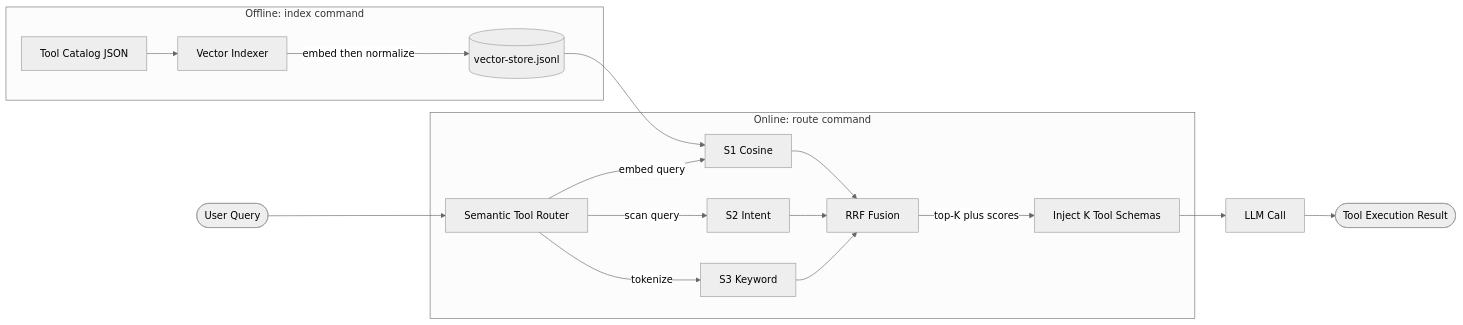
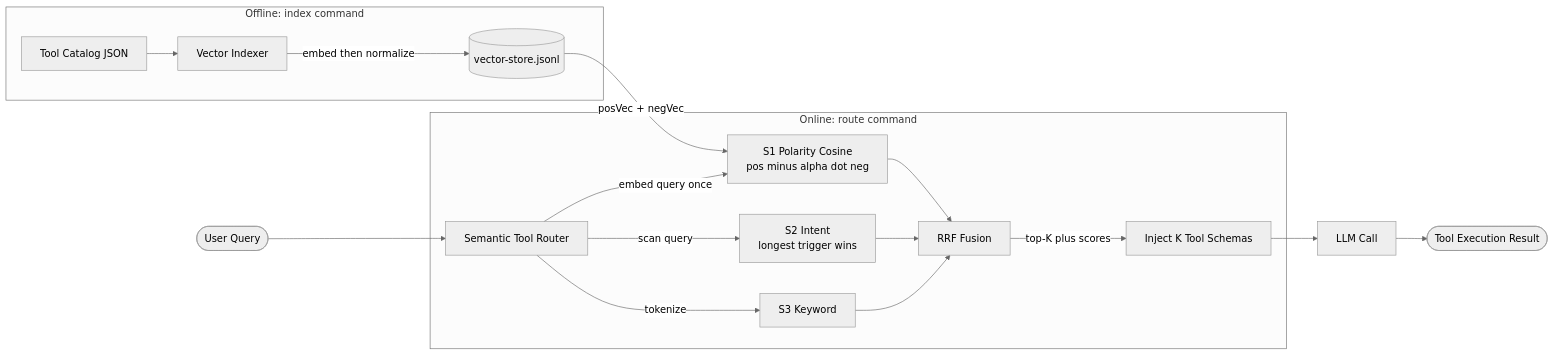
One commit to ahmadmdabit/semantic-tool-router changed the first of 4 diagrams in README.md. Above: the diagram before and after it, drawn with Mermaid (neutral theme). The commit also changed other lines of this file and 14 other files, not shown here.

````diff
--- a/README.md
+++ b/README.md
@@ -52,20 +53,20 @@
 ```mermaid
 flowchart LR
     User([User Query]) --> Router[Semantic Tool Router]
     subgraph Offline["Offline: index command"]
         Catalog[Tool Catalog JSON] --> Index[Vector Indexer]
         Index -->|embed then normalize| Store[(vector-store.jsonl)]
     end
     subgraph Online["Online: route command"]
-        Router -->|embed query| S1[S1 Cosine]
-        Router -->|scan query| S2[S2 Intent]
+        Router -->|embed query once| S1[S1 Polarity Cosine<br/>pos minus alpha dot neg]
+        Router -->|scan query| S2[S2 Intent<br/>longest trigger wins]
         Router -->|tokenize| S3[S3 Keyword]
         S1 --> RRF[RRF Fusion]
         S2 --> RRF
         S3 --> RRF
         RRF -->|top-K plus scores| Inject[Inject K Tool Schemas]
     end
-    Store --> S1
+    Store -->|posVec + negVec| S1
     Inject --> LLM[LLM Call]
     LLM --> Result([Tool Execution Result])
 ```
````
